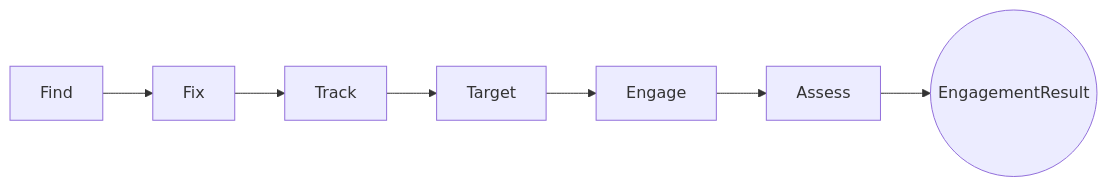
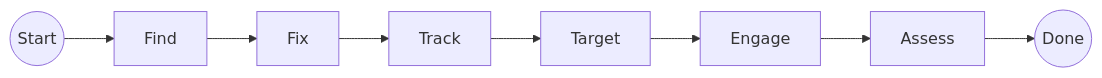
One commit to Idopt-Lab/air-vehicle-design changed the second of 3 diagrams in air_vehicle_design/mbse/examples/f16a/docs/02_functions.md. Above: the diagram before and after it, drawn with Mermaid. The commit also changed other lines of this file and 77 other files, not shown here.

````diff
--- a/air_vehicle_design/mbse/examples/f16a/docs/02_functions.md
+++ b/air_vehicle_design/mbse/examples/f16a/docs/02_functions.md
@@ -58,4 +72,4 @@
 ```mermaid
 graph LR
-  Find --> Fix --> Track --> Target --> Engage --> Assess --> ER(("EngagementResult"))
+  S(("Start")) --> Find --> Fix --> Track --> Target --> Engage --> Assess --> D(("Done"))
 ```
````
